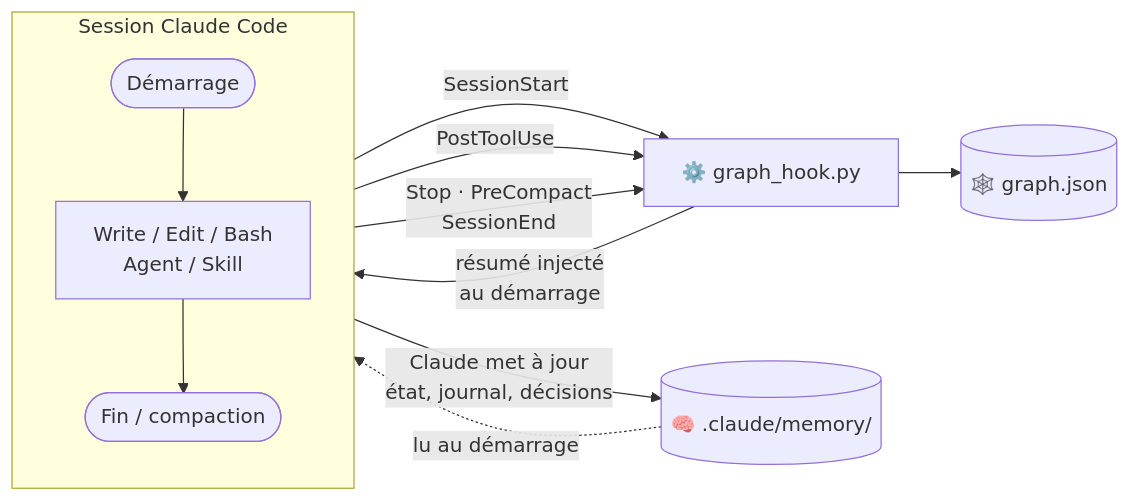
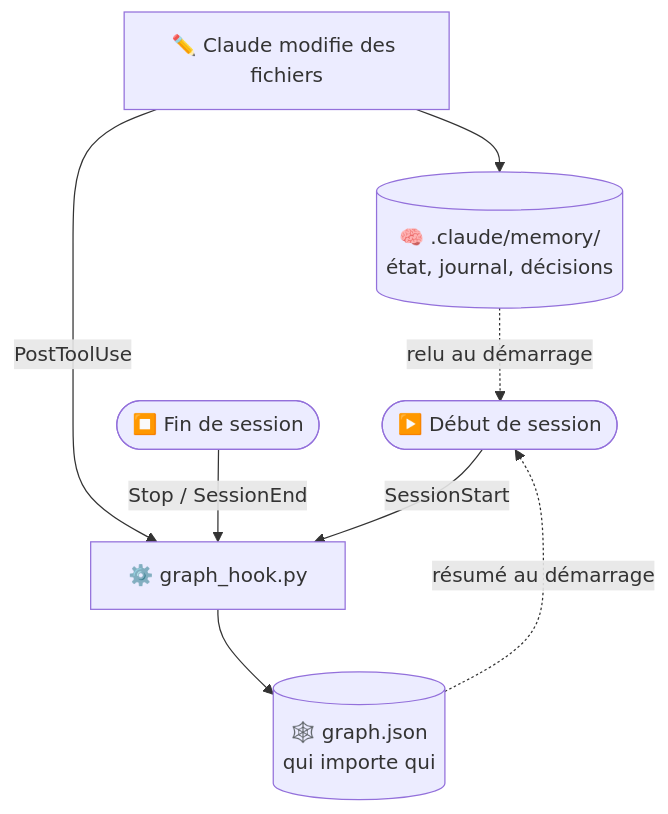
One commit to duckysface/design-to-dev changed the fourth of 4 diagrams in README.md. Above: the diagram before and after it, drawn with Mermaid. The commit also changed other lines of this file, not shown here.

````diff
--- a/README.md
+++ b/README.md
@@ -180,19 +169,10 @@
 ```mermaid
-flowchart LR
-    subgraph SESSION["Session Claude Code"]
-        direction TB
-        START(["Démarrage"]) --> WORK["Write / Edit / Bash<br/>Agent / Skill"] --> FIN(["Fin / compaction"])
-    end
-
-    HOOK["⚙️ graph_hook.py"]
-    GRAPH[("🕸️ graph.json")]
-    MEM[("🧠 .claude/memory/")]
-
-    START -- "SessionStart" --> HOOK
-    WORK -- "PostToolUse" --> HOOK
-    FIN -- "Stop · PreCompact<br/>SessionEnd" --> HOOK
-    HOOK --> GRAPH
-    HOOK -- "résumé injecté<br/>au démarrage" --> START
-    WORK -- "Claude met à jour<br/>état, journal, décisions" --> MEM
-    MEM -. "lu au démarrage" .-> START
+flowchart TB
+    S1(["▶️ Début de session"]) -- "SessionStart" --> HOOK["⚙️ graph_hook.py"]
+    S2["✏️ Claude modifie des fichiers"] -- "PostToolUse" --> HOOK
+    S3(["⏹️ Fin de session"]) -- "Stop / SessionEnd" --> HOOK
+    HOOK --> GRAPH[("🕸️ graph.json<br/>qui importe qui")]
+    S2 --> MEM[("🧠 .claude/memory/<br/>état, journal, décisions")]
+    GRAPH -. "résumé au démarrage" .-> S1
+    MEM -. "relu au démarrage" .-> S1
 ```
````
